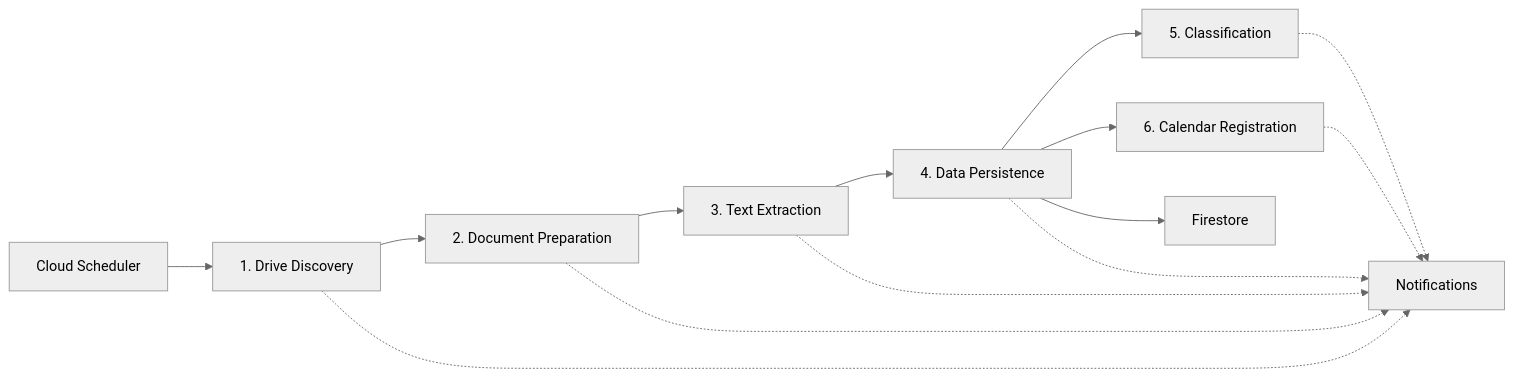
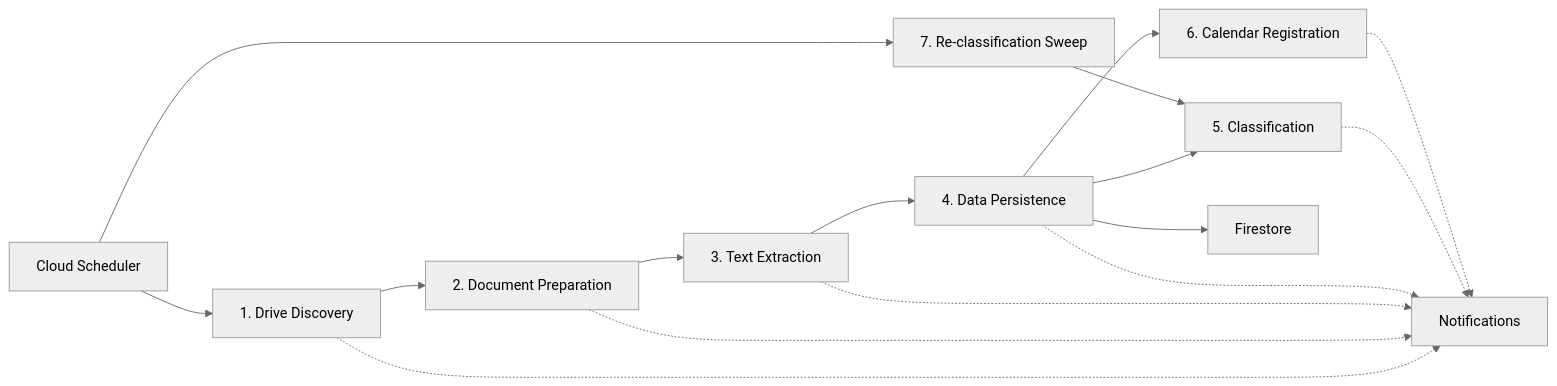
The diagram in README.md (kkohtaka/AutoNyan), drawn with Mermaid (neutral theme) before and after one commit. The commit also changed other lines of this file and 4 other files, not shown here.

````diff
--- a/README.md
+++ b/README.md
@@ -11,16 +11,18 @@
 ```mermaid
 graph LR
     A[Cloud Scheduler] --> B[1. Drive Discovery]
     B --> C[2. Document Preparation]
     C --> D[3. Text Extraction]
     D --> E[4. Data Persistence]
     E --> G[5. Classification]
     E --> H[6. Calendar Registration]
     E --> F[Firestore]
+    A --> R[7. Re-classification Sweep]
+    R --> G
     B -.-> N[Notifications]
     C -.-> N
     D -.-> N
     E -.-> N
     G -.-> N
     H -.-> N
 ```
````
